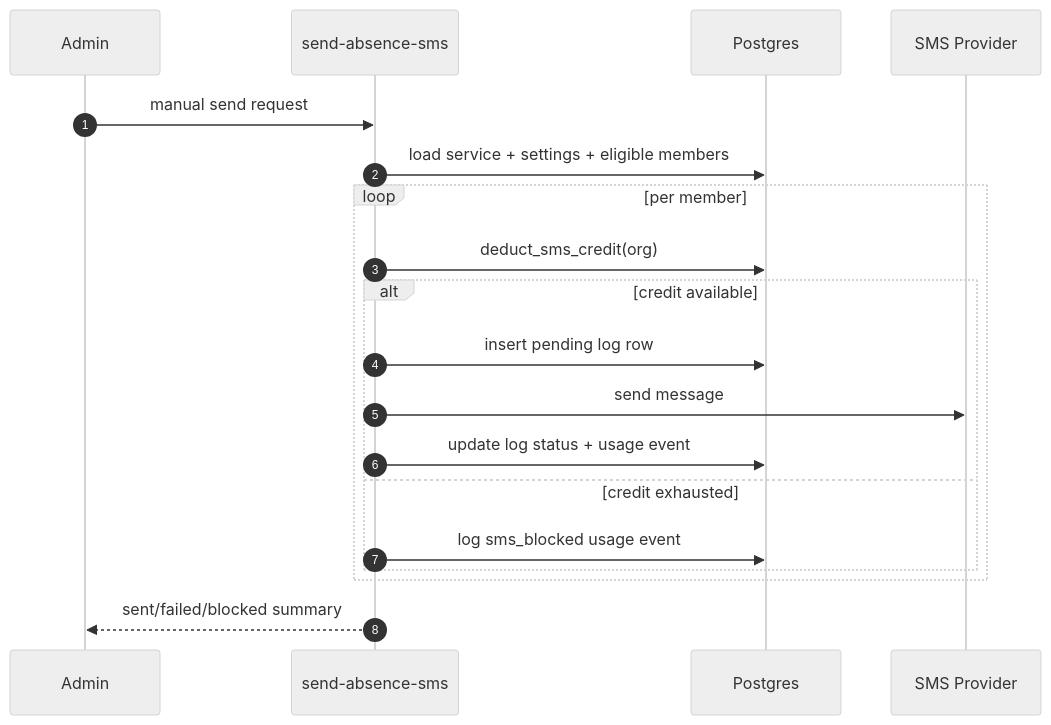
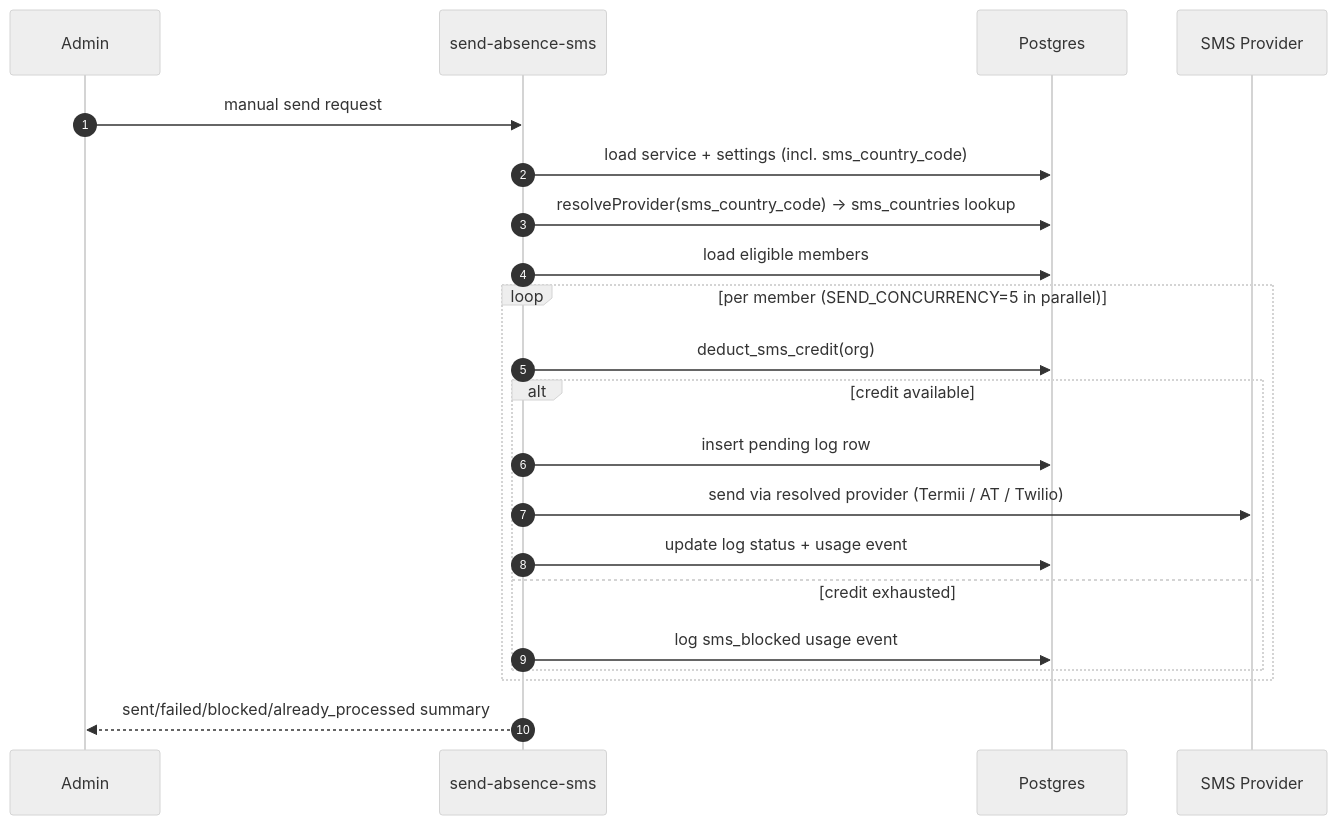
The sixth of 6 diagrams in ARCHITECTURE.md (Jehmni/rollcall), drawn with Mermaid (neutral theme) before and after one commit. The commit also changed other lines of this file and 2 other files, not shown here.

First line of the commit message:
docs: update all docs for SMS country routing feature

````diff
--- a/ARCHITECTURE.md
+++ b/ARCHITECTURE.md
@@ -192,22 +193,24 @@
 ```mermaid
 sequenceDiagram
   autonumber
   participant AD as Admin
   participant MSG as send-absence-sms
   participant DB as Postgres
   participant SMS as SMS Provider
 
   AD->>MSG: manual send request
-  MSG->>DB: load service + settings + eligible members
-  loop per member
+  MSG->>DB: load service + settings (incl. sms_country_code)
+  MSG->>DB: resolveProvider(sms_country_code) → sms_countries lookup
+  MSG->>DB: load eligible members
+  loop per member (SEND_CONCURRENCY=5 in parallel)
     MSG->>DB: deduct_sms_credit(org)
     alt credit available
       MSG->>DB: insert pending log row
-      MSG->>SMS: send message
+      MSG->>SMS: send via resolved provider (Termii / AT / Twilio)
       MSG->>DB: update log status + usage event
     else credit exhausted
       MSG->>DB: log sms_blocked usage event
     end
   end
-  MSG-->>AD: sent/failed/blocked summary
+  MSG-->>AD: sent/failed/blocked/already_processed summary
 ```
````
